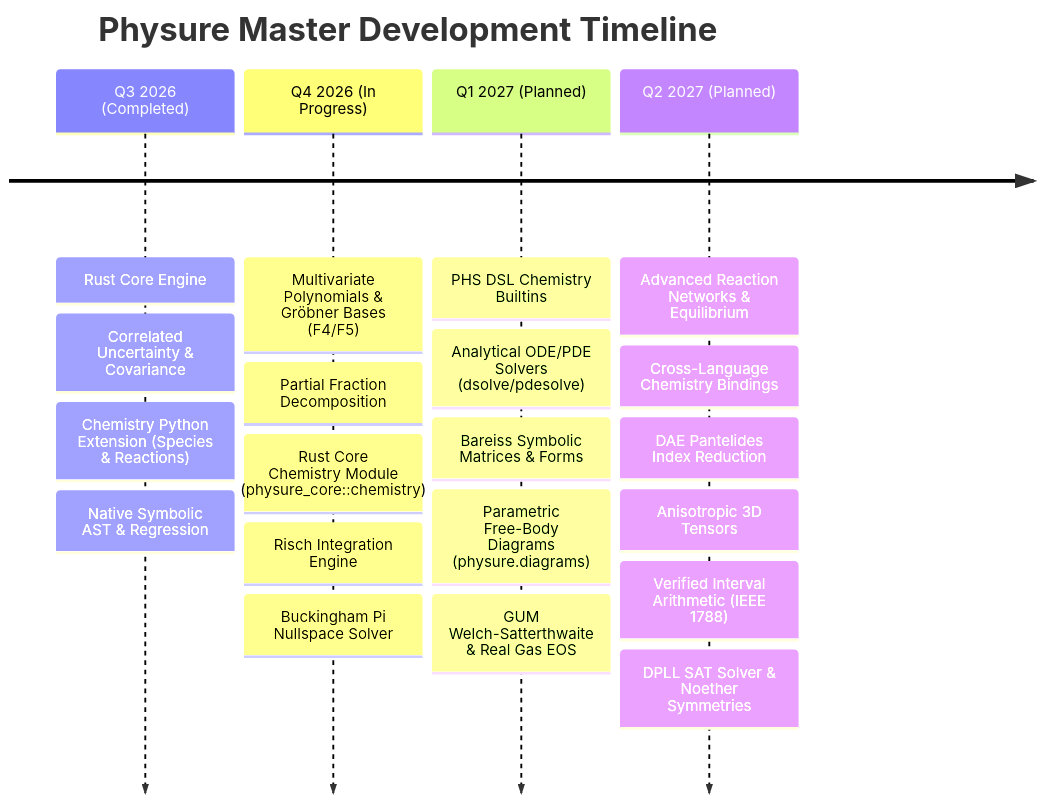
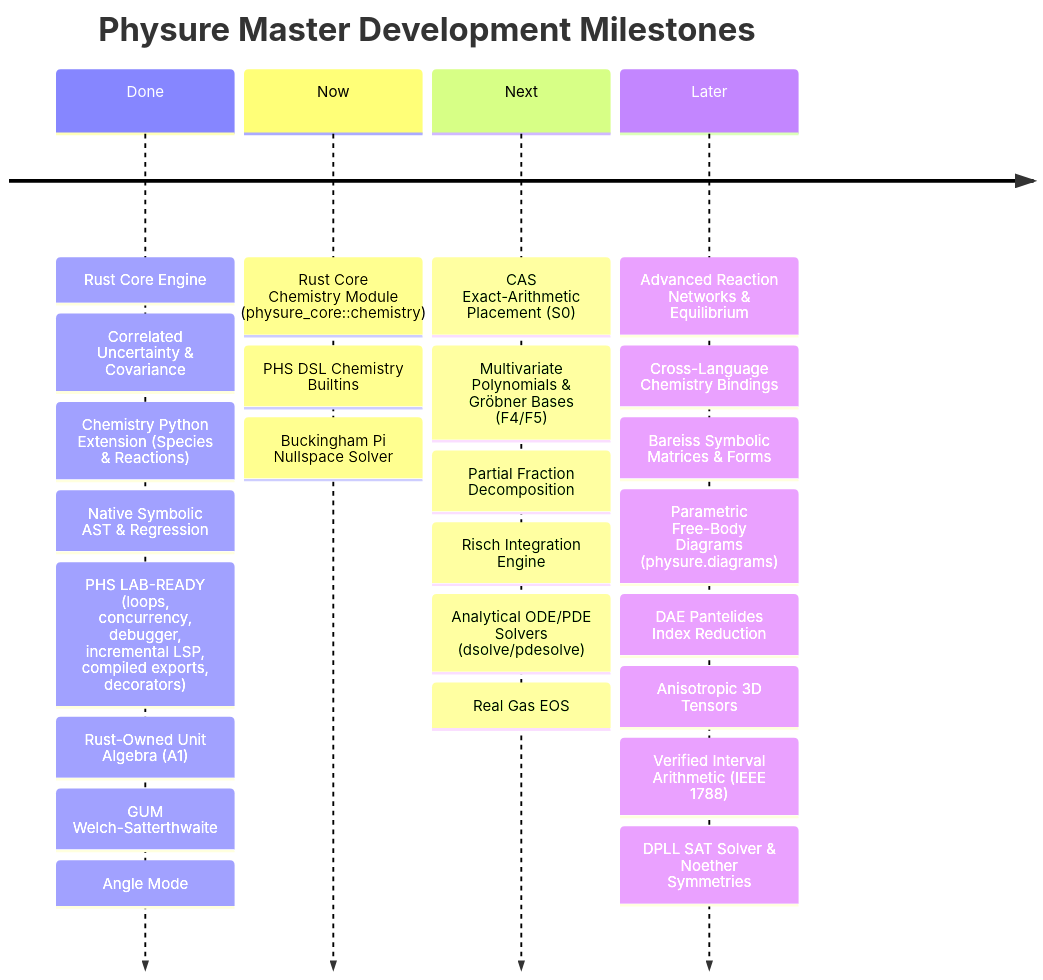
The diagram in ROADMAP.md (Alexisrx96/physure), drawn with Mermaid before and after one commit. The commit also changed other lines of this file and 5 other files, not shown here.

First line of the commit message:
docs(roadmap): milestones instead of dates; status table matches what shipped

````diff
--- a/ROADMAP.md
+++ b/ROADMAP.md
@@ -57,8 +57,8 @@
 ```mermaid
 timeline
-    title Physure Master Development Timeline
-    Q3 2026 (Completed) : Rust Core Engine : Correlated Uncertainty & Covariance : Chemistry Python Extension (Species & Reactions) : Native Symbolic AST & Regression
-    Q4 2026 (In Progress) : Multivariate Polynomials & Gröbner Bases (F4/F5) : Partial Fraction Decomposition : Rust Core Chemistry Module (physure_core::chemistry) : Risch Integration Engine : Buckingham Pi Nullspace Solver
-    Q1 2027 (Planned) : PHS DSL Chemistry Builtins : Analytical ODE/PDE Solvers (dsolve/pdesolve) : Bareiss Symbolic Matrices & Forms : Parametric Free-Body Diagrams (physure.diagrams) : GUM Welch-Satterthwaite & Real Gas EOS
-    Q2 2027 (Planned) : Advanced Reaction Networks & Equilibrium : Cross-Language Chemistry Bindings : DAE Pantelides Index Reduction : Anisotropic 3D Tensors : Verified Interval Arithmetic (IEEE 1788) : DPLL SAT Solver & Noether Symmetries
+    title Physure Master Development Milestones
+    Done : Rust Core Engine : Correlated Uncertainty & Covariance : Chemistry Python Extension (Species & Reactions) : Native Symbolic AST & Regression : PHS LAB-READY (loops, concurrency, debugger, incremental LSP, compiled exports, decorators) : Rust-Owned Unit Algebra (A1) : GUM Welch-Satterthwaite : Angle Mode
+    Now : Rust Core Chemistry Module (physure_core::chemistry) : PHS DSL Chemistry Builtins : Buckingham Pi Nullspace Solver
+    Next : CAS Exact-Arithmetic Placement (S0) : Multivariate Polynomials & Gröbner Bases (F4/F5) : Partial Fraction Decomposition : Risch Integration Engine : Analytical ODE/PDE Solvers (dsolve/pdesolve) : Real Gas EOS
+    Later : Advanced Reaction Networks & Equilibrium : Cross-Language Chemistry Bindings : Bareiss Symbolic Matrices & Forms : Parametric Free-Body Diagrams (physure.diagrams) : DAE Pantelides Index Reduction : Anisotropic 3D Tensors : Verified Interval Arithmetic (IEEE 1788) : DPLL SAT Solver & Noether Symmetries
 ```
````
